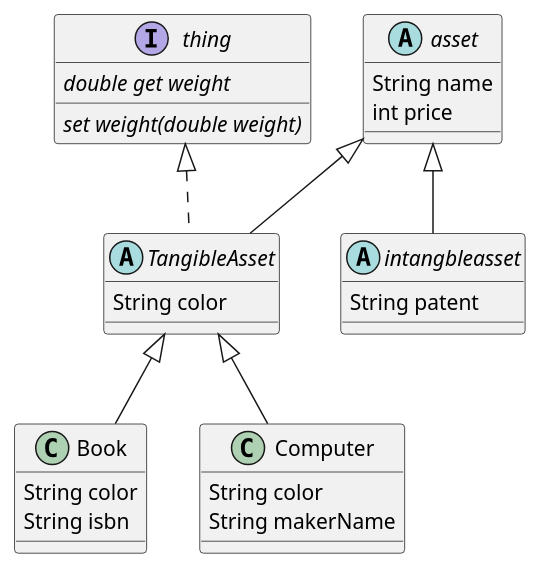
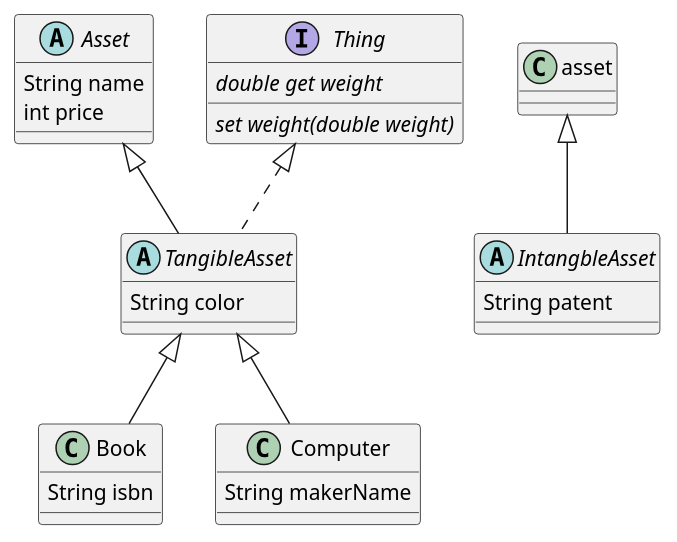
The diagram in lib/asset.puml (SurvivalCodingCampus/sesac7_dart_study), drawn with PlantUML before and after one commit. The commit also changed 10 other files, not shown here.

```diff
--- a/lib/asset.puml
+++ b/lib/asset.puml
@@ -1,32 +1,30 @@
 @startuml
 'https://plantuml.com/class-diagram
 
-abstract class asset {
+abstract class Asset {
   String name
   int price
 }
 
-interface thing {
+interface Thing {
   {abstract} double get weight
   {abstract} set weight(double weight)
 }
 
-abstract class TangibleAsset extends asset implements thing{
+abstract class TangibleAsset extends Asset implements Thing{
   String color
 }
 
-abstract class intangbleasset extends asset {
+abstract class IntangbleAsset extends asset {
   String patent
 }
 
 class Book extends TangibleAsset {
- String color
  String isbn
 }
 
 class Computer extends TangibleAsset {
- String color
  String makerName
 }
 
 @enduml
```
